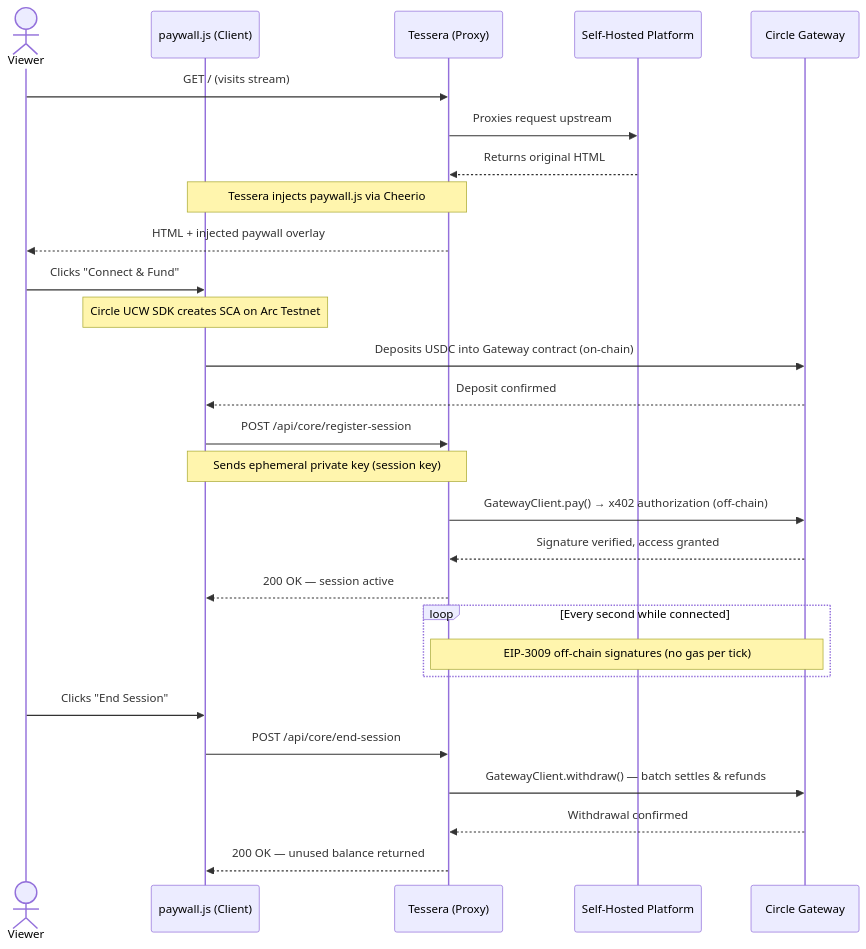
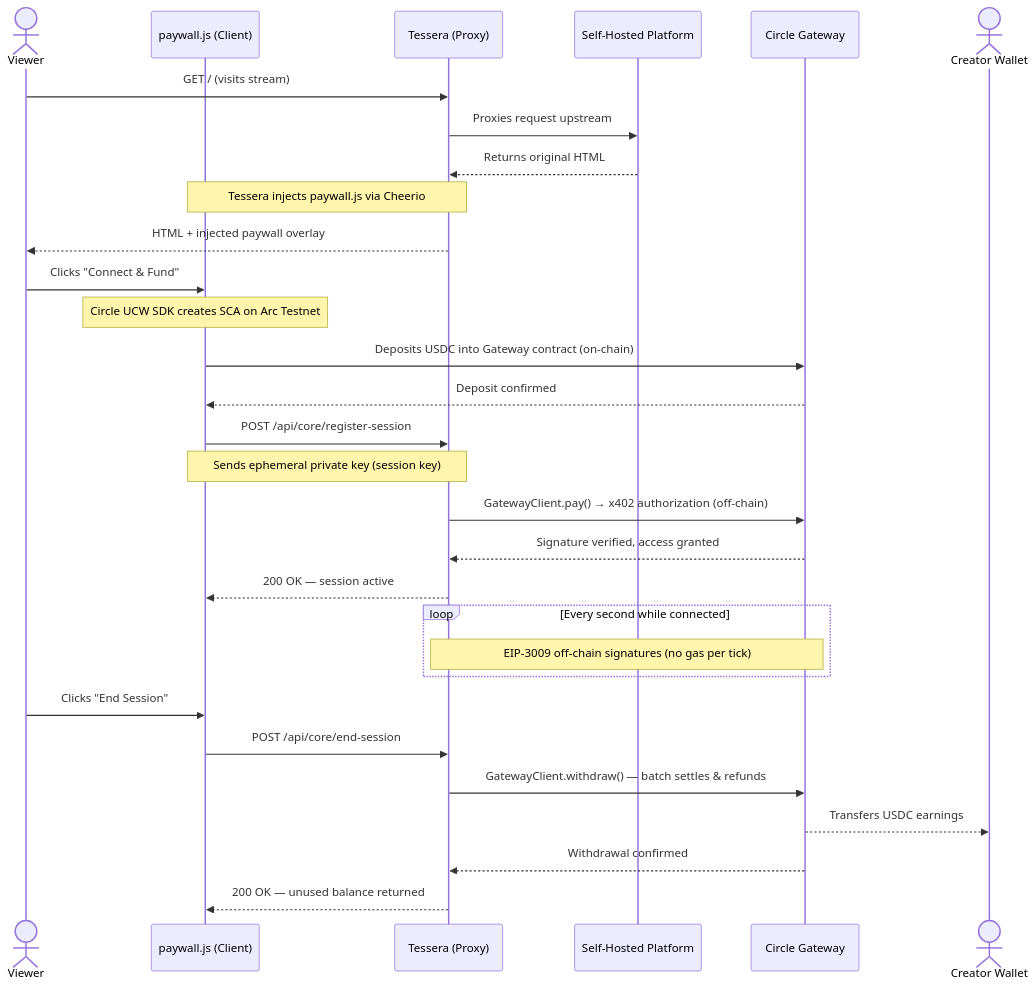
One commit to JaDi03/-Arc-Cashier changed the second of 2 diagrams in README.md. Above: the diagram before and after it, drawn with Mermaid. The commit also changed other lines of this file and 1 other file, not shown here.

Commit message:
docs: add creator payout to sequence diagram and remove demo section

````diff
--- a/README.md
+++ b/README.md
@@ -86,40 +86,42 @@
 ```mermaid
 sequenceDiagram
     actor Viewer as Viewer
     participant Browser as paywall.js (Client)
     participant Tessera as Tessera (Proxy)
     participant Platform as Self-Hosted Platform
     participant Gateway as Circle Gateway
+    actor Creator as Creator Wallet
 
     %% 1. Initial Load & HTML Injection
     Viewer->>Tessera: GET / (visits stream)
     Tessera->>Platform: Proxies request upstream
     Platform-->>Tessera: Returns original HTML
     Note over Tessera,Browser: Tessera injects paywall.js via Cheerio
     Tessera-->>Viewer: HTML + injected paywall overlay
 
     %% 2. Wallet setup & deposit
     Viewer->>Browser: Clicks "Connect & Fund"
     Note over Browser: Circle UCW SDK creates SCA on Arc Testnet
     Browser->>Gateway: Deposits USDC into Gateway contract (on-chain)
     Gateway-->>Browser: Deposit confirmed
 
     %% 3. Session registration
     Browser->>Tessera: POST /api/core/register-session
     Note over Browser,Tessera: Sends ephemeral private key (session key)
     Tessera->>Gateway: GatewayClient.pay() → x402 authorization (off-chain)
     Gateway-->>Tessera: Signature verified, access granted
     Tessera-->>Browser: 200 OK — session active
 
     %% 4. Per-second billing (off-chain)
     loop Every second while connected
         Note over Tessera,Gateway: EIP-3009 off-chain signatures (no gas per tick)
     end
 
     %% 5. End session & refund
     Viewer->>Browser: Clicks "End Session"
     Browser->>Tessera: POST /api/core/end-session
     Tessera->>Gateway: GatewayClient.withdraw() — batch settles & refunds
+    Gateway-->>Creator: Transfers USDC earnings
     Gateway-->>Tessera: Withdrawal confirmed
     Tessera-->>Browser: 200 OK — unused balance returned
 ```
````
